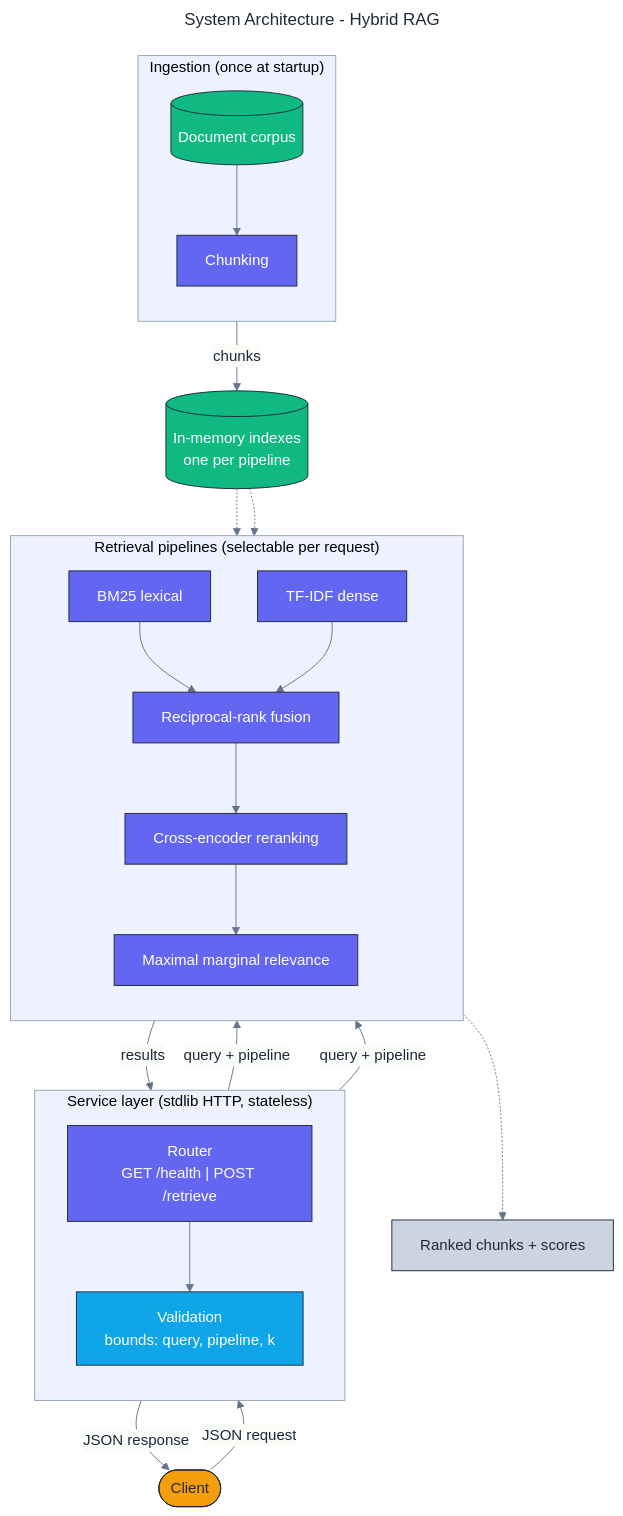
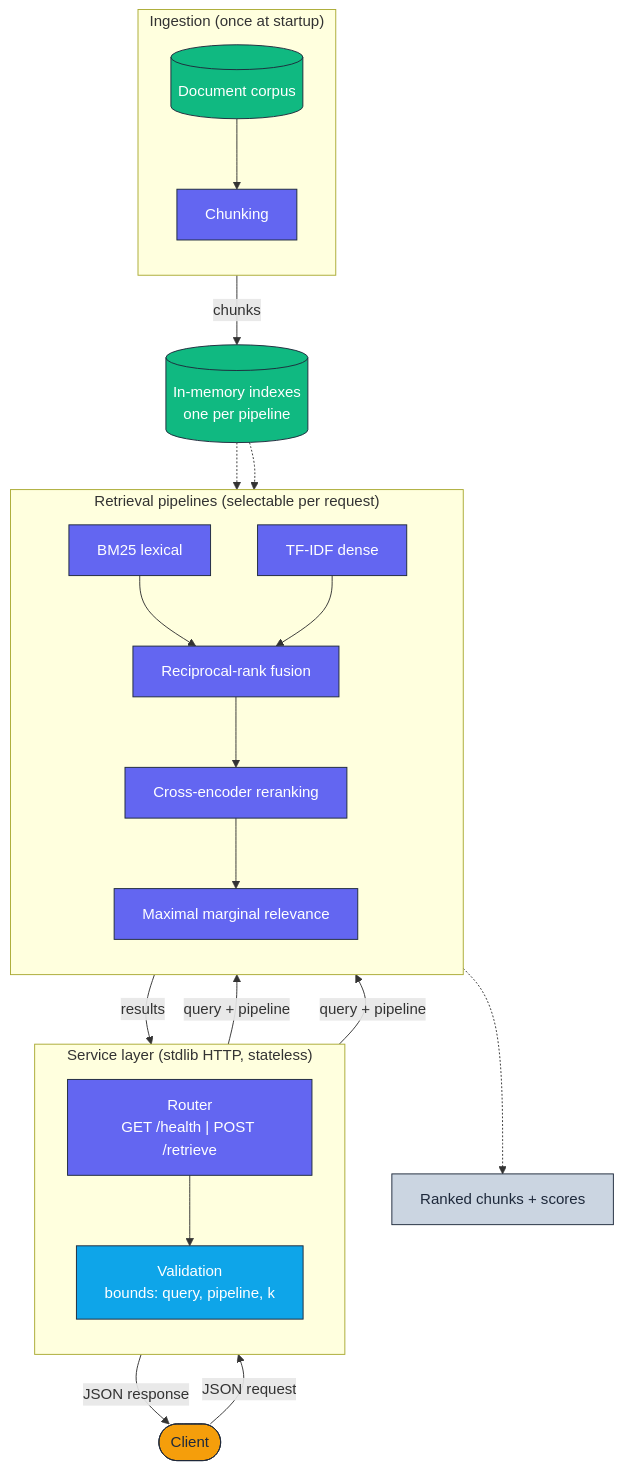
One commit to adeoluo/hybrid-rag changed the diagram in docs/architecture/architecture.mmd. Above: the diagram before and after it, drawn with Mermaid. The commit also changed 11 other files, not shown here.

```diff
--- a/docs/architecture/architecture.mmd
+++ b/docs/architecture/architecture.mmd
@@ -1,57 +1,44 @@
----
-title: System Architecture - Hybrid RAG
-config:
-  theme: base
-  themeVariables:
-    fontFamily: "Inter, system-ui, sans-serif"
-    primaryColor: "#F8FAFC"
-    primaryBorderColor: "#1E293B"
-    primaryTextColor: "#1E293B"
-    lineColor: "#64748B"
-    clusterBkg: "#EEF2FF"
-    clusterBorder: "#94A3B8"
----
-flowchart TB
+flowchart TD
     classDef edge     fill:#F59E0B,stroke:#1E293B,color:#1E293B,stroke-width:1px;
     classDef core     fill:#6366F1,stroke:#1E293B,color:#ffffff,stroke-width:1px;
     classDef data     fill:#10B981,stroke:#1E293B,color:#ffffff,stroke-width:1px;
     classDef control  fill:#0EA5E9,stroke:#1E293B,color:#ffffff,stroke-width:1px;
     classDef obs      fill:#CBD5E1,stroke:#1E293B,color:#1E293B,stroke-width:1px;
 
     Client([Client]):::edge
 
     subgraph Ingest["Ingestion (once at startup)"]
         direction TB
         Docs[(Document corpus)]:::data
         Chunk[Chunking]:::core
     end
 
     subgraph Edge["Service layer (stdlib HTTP, stateless)"]
         direction TB
         Router["Router<br/>GET /health | POST /retrieve"]:::core
         Validate["Validation<br/>bounds: query, pipeline, k"]:::control
     end
 
     subgraph Retrieve["Retrieval pipelines (selectable per request)"]
         direction TB
         BM25[BM25 lexical]:::core
         Dense[TF-IDF dense]:::core
         Fusion["Reciprocal-rank fusion"]:::core
         Rerank["Cross-encoder reranking"]:::core
         MMR["Maximal marginal relevance"]:::core
     end
 
     Index[(In-memory indexes<br/>one per pipeline)]:::data
     Scores["Ranked chunks + scores"]:::obs
 
     Docs --> Chunk -->|chunks| Index
     Client -->|JSON request| Router --> Validate
     Validate -->|query + pipeline| BM25
     Validate -->|query + pipeline| Dense
     BM25 --> Fusion
     Dense --> Fusion
     Fusion --> Rerank --> MMR
     Index -.-> BM25
     Index -.-> Dense
     MMR -->|results| Router -->|JSON response| Client
     Rerank -.-> Scores
```
